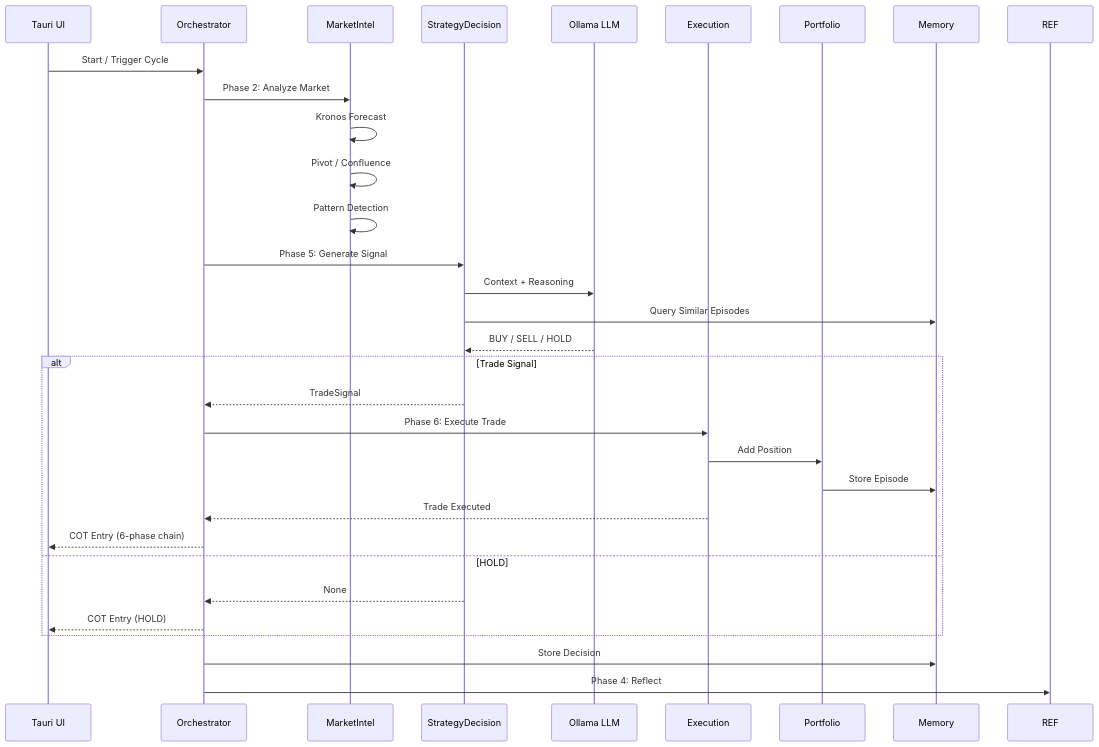
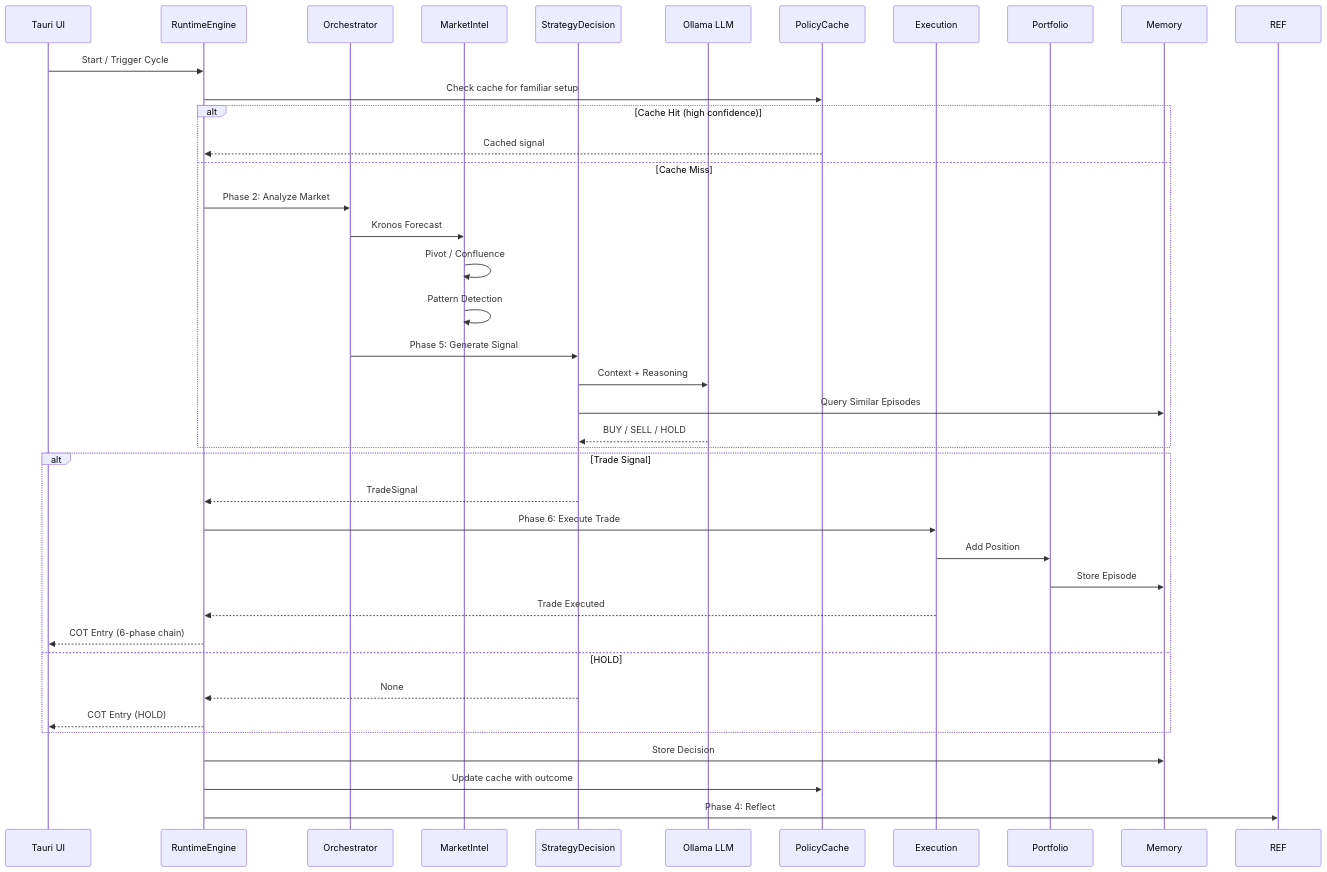
One commit to craaraju-ctrl/Tredo changed the first of 2 diagrams in README.md. Above: the diagram before and after it, drawn with Mermaid. The commit also changed other lines of this file and 88 other files, not shown here.

First line of the commit message:
feat: unified runtime engine, broker adapters, and full documentation sync

````diff
--- a/README.md
+++ b/README.md
@@ -141,37 +186,44 @@
 ```mermaid
 sequenceDiagram
     participant UI as Tauri UI
+    participant RT as RuntimeEngine
     participant ORCH as Orchestrator
     participant MI as MarketIntel
     participant SD as StrategyDecision
     participant LLM as Ollama LLM
+    participant PC as PolicyCache
     participant EXEC as Execution
     participant PM as Portfolio
     participant MEM as Memory
 
-    UI->>ORCH: Start / Trigger Cycle
-    ORCH->>MI: Phase 2: Analyze Market
-    MI->>MI: Kronos Forecast
-    MI->>MI: Pivot / Confluence
-    MI->>MI: Pattern Detection
-    
-    ORCH->>SD: Phase 5: Generate Signal
-    SD->>LLM: Context + Reasoning
-    SD->>MEM: Query Similar Episodes
-    LLM-->>SD: BUY / SELL / HOLD
+    UI->>RT: Start / Trigger Cycle
+    RT->>PC: Check cache for familiar setup
+    alt Cache Hit (high confidence)
+        PC-->>RT: Cached signal
+    else Cache Miss
+        RT->>ORCH: Phase 2: Analyze Market
+        ORCH->>MI: Kronos Forecast
+        MI->>MI: Pivot / Confluence
+        MI->>MI: Pattern Detection
+        ORCH->>SD: Phase 5: Generate Signal
+        SD->>LLM: Context + Reasoning
+        SD->>MEM: Query Similar Episodes
+        LLM-->>SD: BUY / SELL / HOLD
+    end
     
     alt Trade Signal
-        SD-->>ORCH: TradeSignal
-        ORCH->>EXEC: Phase 6: Execute Trade
+        SD-->>RT: TradeSignal
+        RT->>EXEC: Phase 6: Execute Trade
         EXEC->>PM: Add Position
         PM->>MEM: Store Episode
-        EXEC-->>ORCH: Trade Executed
-        ORCH-->>UI: COT Entry (6-phase chain)
+        EXEC-->>RT: Trade Executed
+        RT-->>UI: COT Entry (6-phase chain)
     else HOLD
-        SD-->>ORCH: None
-        ORCH-->>UI: COT Entry (HOLD)
+        SD-->>RT: None
+        RT-->>UI: COT Entry (HOLD)
     end
     
-    ORCH->>MEM: Store Decision
-    ORCH->>REF: Phase 4: Reflect
+    RT->>MEM: Store Decision
+    RT->>PC: Update cache with outcome
+    RT->>REF: Phase 4: Reflect
 ```
````
